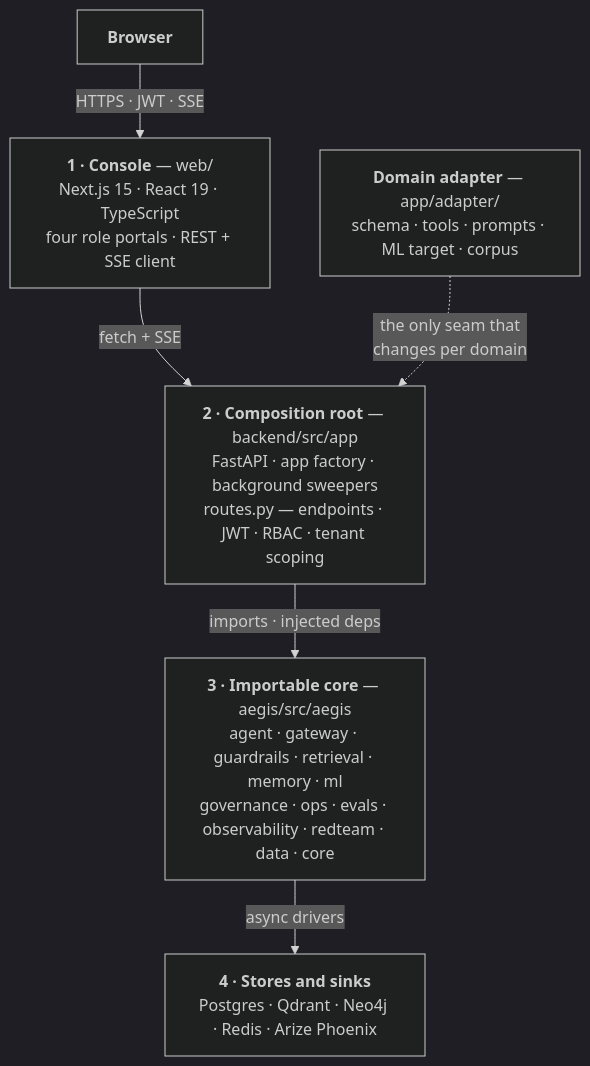
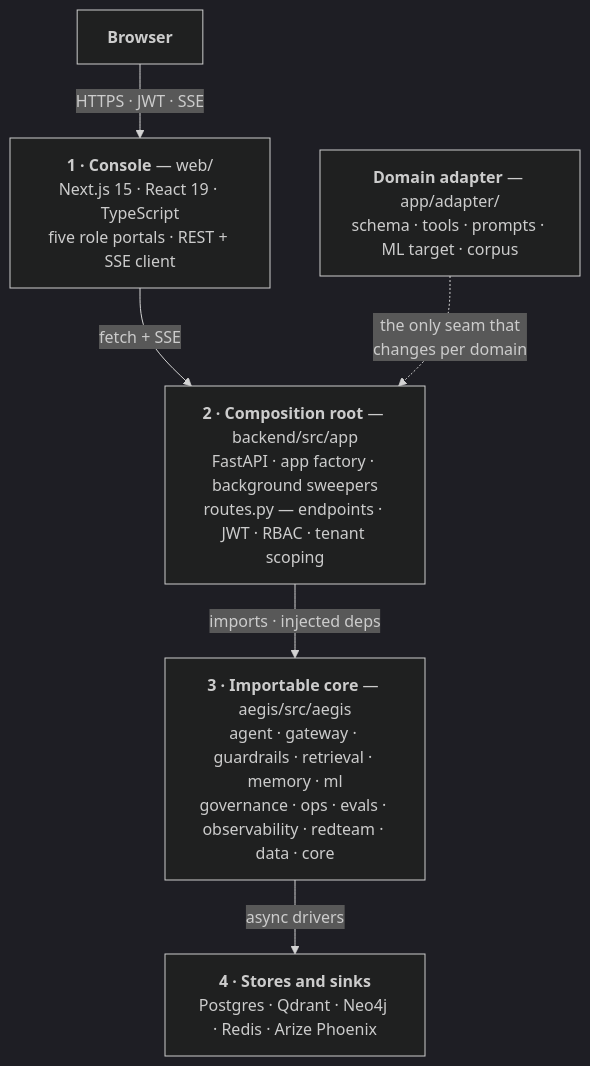
The diagram in README.md (yrevash/aegis), drawn with Mermaid (dark theme) before and after one commit. The commit also changed other lines of this file and 36 other files, not shown here.

````diff
--- a/README.md
+++ b/README.md
@@ -103,15 +115,15 @@
 ```mermaid
 flowchart TB
     B["<b>Browser</b>"]
-    L1["<b>1 · Console</b> — web/<br/>Next.js 15 · React 19 · TypeScript<br/>four role portals · REST + SSE client"]
+    L1["<b>1 · Console</b> — web/<br/>Next.js 15 · React 19 · TypeScript<br/>five role portals · REST + SSE client"]
     L2["<b>2 · Composition root</b> — backend/src/app<br/>FastAPI · app factory · background sweepers<br/>routes.py — endpoints · JWT · RBAC · tenant scoping"]
     L3["<b>3 · Importable core</b> — aegis/src/aegis<br/>agent · gateway · guardrails · retrieval · memory · ml<br/>governance · ops · evals · observability · redteam · data · core"]
     L4["<b>4 · Stores and sinks</b><br/>Postgres · Qdrant · Neo4j · Redis · Arize Phoenix"]
     AD["<b>Domain adapter</b> — app/adapter/<br/>schema · tools · prompts · ML target · corpus"]
 
     B -->|"HTTPS · JWT · SSE"| L1
     L1 -->|"fetch + SSE"| L2
     L2 -->|"imports · injected deps"| L3
     L3 -->|"async drivers"| L4
     AD -.->|"the only seam that<br/>changes per domain"| L2
 ```
````
